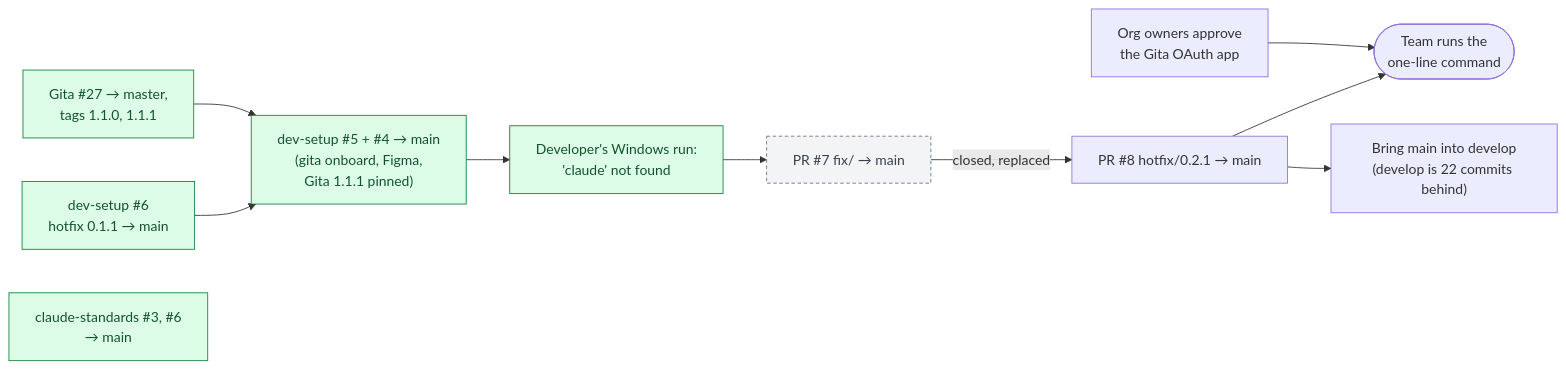
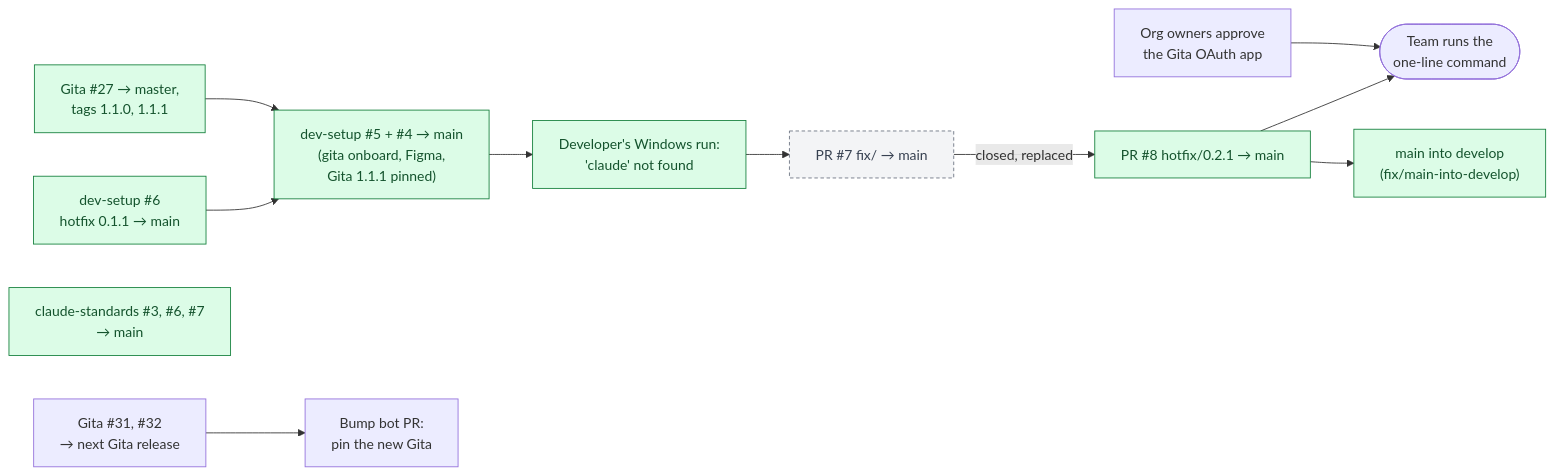
One commit to ThoughtBoxFinTechAI/dev-setup changed diagram 12 of 12 in documents/Lifecycle and process flows.md. Above: the diagram before and after it, drawn with Mermaid. The commit also changed other lines of this file and 2 other files, not shown here.

First line of the commit message:
docs(lifecycle): bring main into develop and record the state after hotfix 0.2.1

````diff
--- a/documents/Lifecycle and process flows.md
+++ b/documents/Lifecycle and process flows.md
@@ -447,14 +452,15 @@
 ```mermaid
 flowchart LR
   P6["dev-setup #6<br/>hotfix 0.1.1 → main"]:::done --> P5
   G27["Gita #27 → master,<br/>tags 1.1.0, 1.1.1"]:::done --> P5["dev-setup #5 + #4 → main<br/>(gita onboard, Figma,<br/>Gita 1.1.1 pinned)"]:::done
-  CS["claude-standards #3, #6<br/>→ main"]:::done
+  CS["claude-standards #3, #6, #7<br/>→ main"]:::done
   P5 --> RUN["Developer's Windows run:<br/>'claude' not found"]:::done
   RUN --> P7["PR #7 fix/ → main"]:::closed
-  P7 -->|"closed, replaced"| P8["PR #8 hotfix/0.2.1 → main"]
+  P7 -->|"closed, replaced"| P8["PR #8 hotfix/0.2.1 → main"]:::done
   P8 --> TEAM(["Team runs the<br/>one-line command"])
   APPROVE["Org owners approve<br/>the Gita OAuth app"] --> TEAM
-  P8 --> DEV["Bring main into develop<br/>(develop is 22 commits behind)"]
+  P8 --> DEV["main into develop<br/>(fix/main-into-develop)"]:::done
+  G31["Gita #31, #32<br/>→ next Gita release"] --> BUMP["Bump bot PR:<br/>pin the new Gita"]
   classDef done fill:#dcfce7,stroke:#15803d,color:#14532d
   classDef closed fill:#f3f4f6,stroke:#6b7280,color:#374151,stroke-dasharray:4 3
 ```
````
